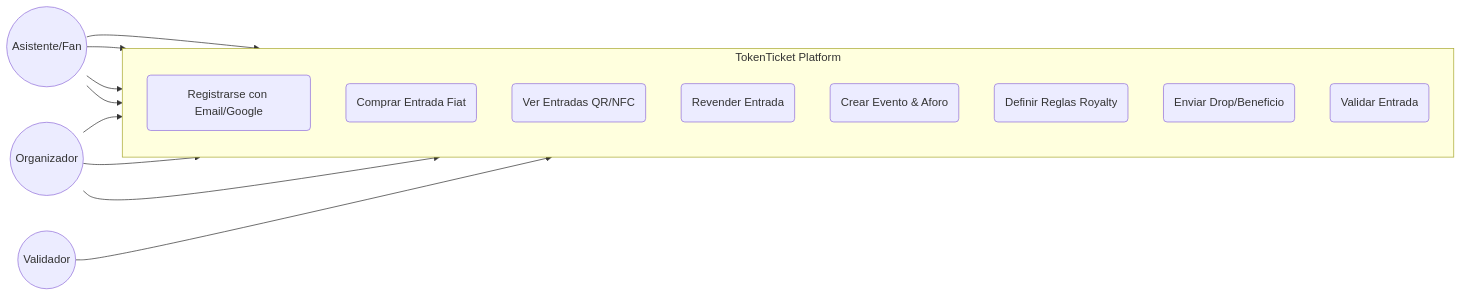
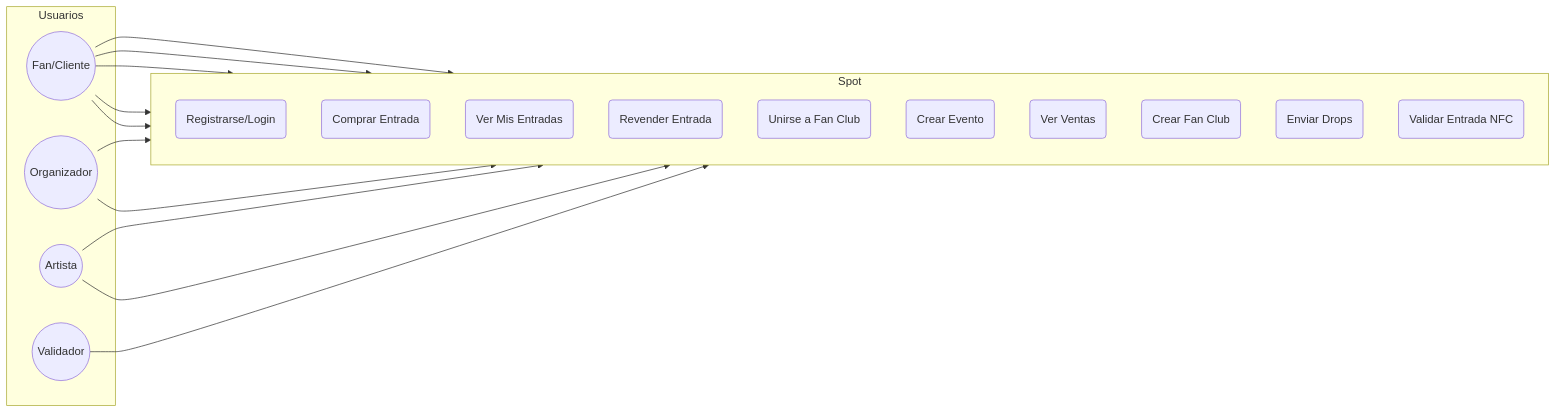
One commit to Ztellar/ticket-documentation changed the first of 6 diagrams in design_diagrams.md. Above: the diagram before and after it, drawn with Mermaid. The commit also changed other lines of this file and 8 other files, not shown here.

````diff
--- a/design_diagrams.md
+++ b/design_diagrams.md
@@ -20,36 +5,28 @@
 ```mermaid
 graph LR
-    %% Actores
-    Fan((Asistente/Fan))
-    Org((Organizador))
-    Sec((Validador))
-
-    %% Casos de Uso
-    subgraph Platform [TokenTicket Platform]
-        direction TB
-        UC1("Registrarse con Email/Google")
-        UC2("Comprar Entrada Fiat")
-        UC3("Ver Entradas QR/NFC")
-        UC4("Revender Entrada")
-        UC5("Crear Evento & Aforo")
-        UC6("Definir Reglas Royalty")
-        UC7("Enviar Drop/Beneficio")
-        UC8("Validar Entrada")
+    subgraph Usuarios
+        Fan((Fan/Cliente))
+        Org((Organizador))
+        Artist((Artista))
+        Staff((Validador))
     end
 
-    %% Relaciones
-    Fan --> UC1
-    Fan --> UC2
-    Fan --> UC3
-    Fan --> UC4
-    
-    Org --> UC5
-    Org --> UC6
-    Org --> UC7
-    
-    Sec --> UC8
-    
-    %% Notas (usando nodos de texto simulados is es necesario, o comentarios)
-    %% Mermaid graph no soporta 'note right of' nativo igual que sequence, 
-    %% pero es mas seguro que usecaseDiagram que falla.
+    subgraph Plataforma [Spot]
+        direction TB
+        UC1(Registrarse/Login)
+        UC2(Comprar Entrada)
+        UC3(Ver Mis Entradas)
+        UC4(Revender Entrada)
+        UC5(Unirse a Fan Club)
+        UC6(Crear Evento)
+        UC7(Ver Ventas)
+        UC8(Crear Fan Club)
+        UC9(Enviar Drops)
+        UC10(Validar Entrada NFC)
+    end
+
+    Fan --> UC1 & UC2 & UC3 & UC4 & UC5
+    Org --> UC6 & UC7
+    Artist --> UC8 & UC9
+    Staff --> UC10
 ```
````
